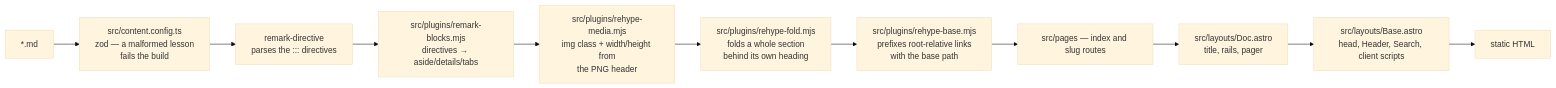
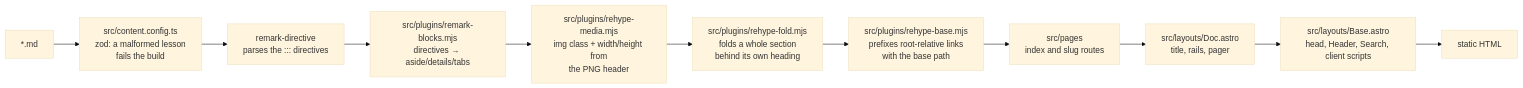
One commit to ivan-stetsiuk/armenian-knowledgebase changed the second of 4 diagrams in ARCHITECTURE.md. Above: the diagram before and after it, drawn with Mermaid (base theme). The commit also changed other lines of this file and 25 other files, not shown here.

````diff
--- a/ARCHITECTURE.md
+++ b/ARCHITECTURE.md
@@ -58,13 +58,13 @@
 ```mermaid
 flowchart LR
-    fm["*.md"] --> schema["src/content.config.ts<br/>zod — a malformed lesson<br/>fails the build"]
+    fm["*.md"] --> schema["src/content.config.ts<br/>zod: a malformed lesson<br/>fails the build"]
     schema --> rd["remark-directive<br/>parses the ::: directives"]
     rd --> rb["src/plugins/remark-blocks.mjs<br/>directives → aside/details/tabs"]
     rb --> rm["src/plugins/rehype-media.mjs<br/>img class + width/height from<br/>the PNG header"]
     rm --> rfold["src/plugins/rehype-fold.mjs<br/>folds a whole section<br/>behind its own heading"]
     rfold --> rbase["src/plugins/rehype-base.mjs<br/>prefixes root-relative links<br/>with the base path"]
-    rbase --> page["src/pages — index and slug routes"]
+    rbase --> page["src/pages<br/>index and slug routes"]
     page --> doc["src/layouts/Doc.astro<br/>title, rails, pager"]
     doc --> base["src/layouts/Base.astro<br/>head, Header, Search, client scripts"]
     base --> html["static HTML"]
 ```
````
